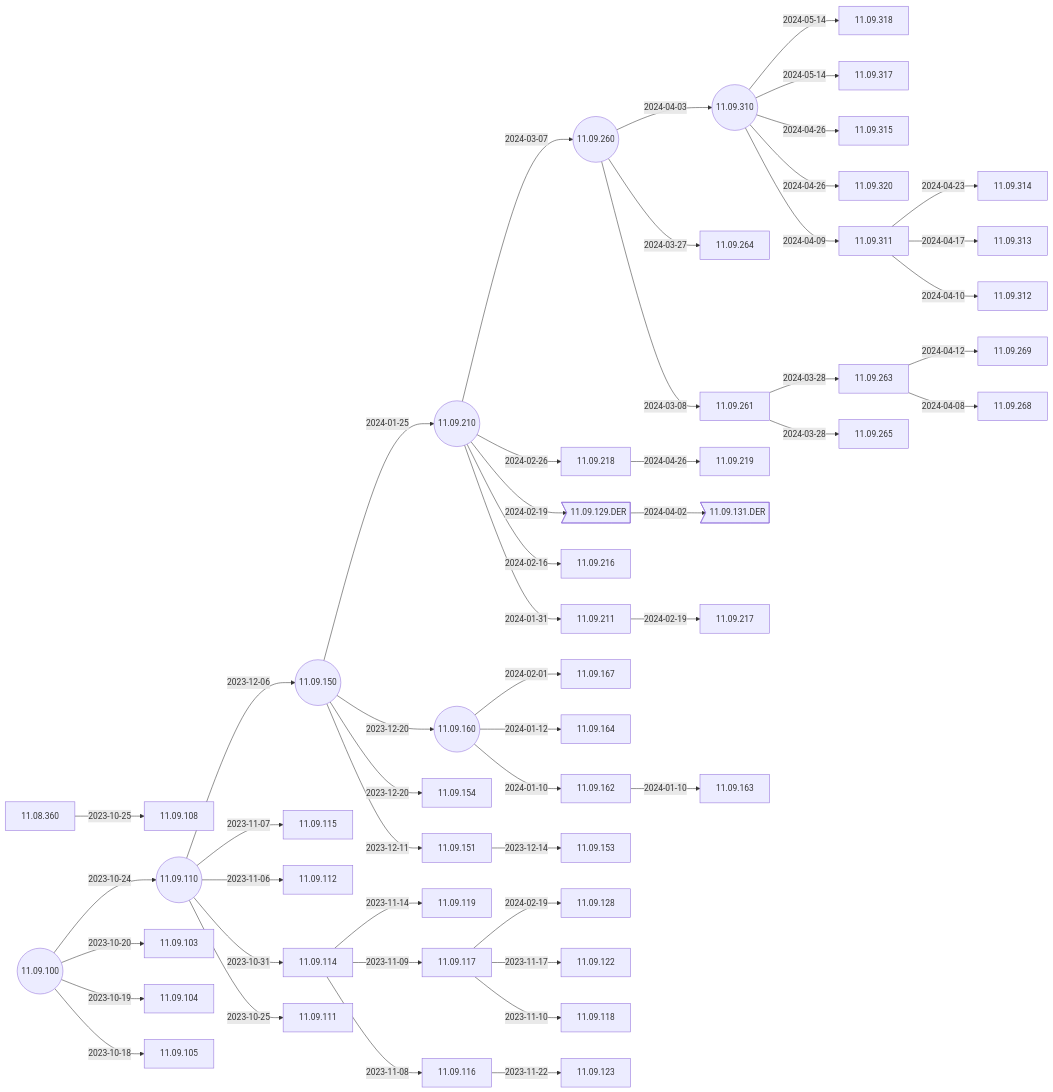
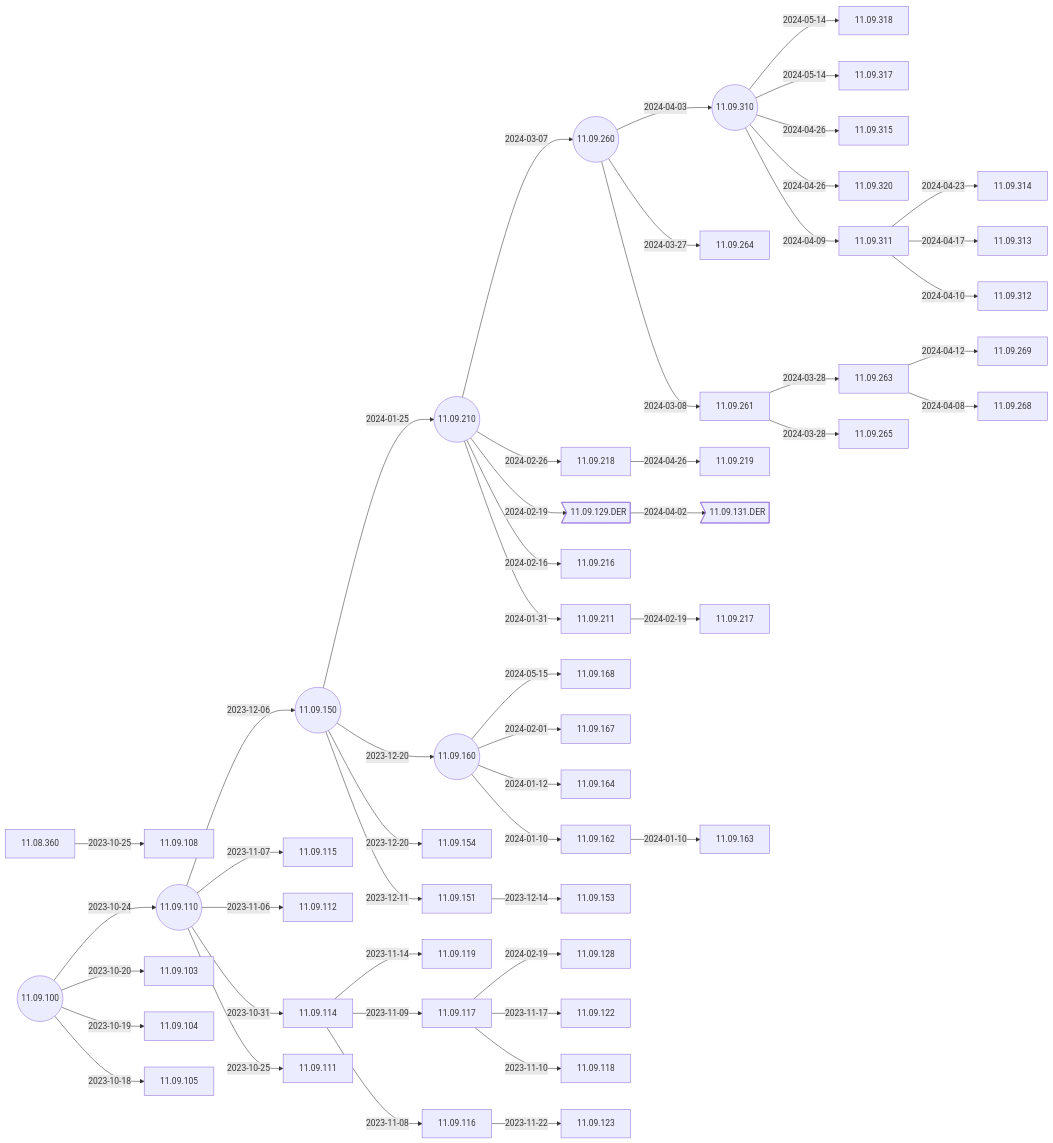
One commit to IGEL-Community/IGEL-Docs-v02 changed the second of 5 diagrams in docs/Docs/ReleaseNotes/01-OS11/README.md. Above: the diagram before and after it, drawn with Mermaid. The commit also changed 2 other files, not shown here.

Commit message:
11.09.168 < 11.09.160

````diff
--- a/docs/Docs/ReleaseNotes/01-OS11/README.md
+++ b/docs/Docs/ReleaseNotes/01-OS11/README.md
@@ -41,5 +41,6 @@
 ```mermaid
 flowchart LR
+    11.09.160-- 2024-05-15 -->11.09.168
     11.09.310-- 2024-05-14 -->11.09.318
     11.09.310-- 2024-05-14 -->11.09.317
     11.09.310-- 2024-04-26 -->11.09.315
@@ -90,6 +91,7 @@
     11.09.100-- 2023-10-19 -->11.09.104
     11.09.100-- 2023-10-18 -->11.09.105
     11.09.100((11.09.100))
+    click 11.09.168 "https://github.com/IGEL-Community/IGEL-Docs-v02/tree/main/docs/Docs/ReleaseNotes/01-OS11/readme11.09.168.txt" _blank
     click 11.09.318 "https://github.com/IGEL-Community/IGEL-Docs-v02/tree/main/docs/Docs/ReleaseNotes/01-OS11/readme11.09.318.txt" _blank
     click 11.09.317 "https://github.com/IGEL-Community/IGEL-Docs-v02/tree/main/docs/Docs/ReleaseNotes/01-OS11/readme11.09.317.txt" _blank
     click 11.09.315 "https://github.com/IGEL-Community/IGEL-Docs-v02/tree/main/docs/Docs/ReleaseNotes/01-OS11/readme11.09.315.txt" _blank
````
